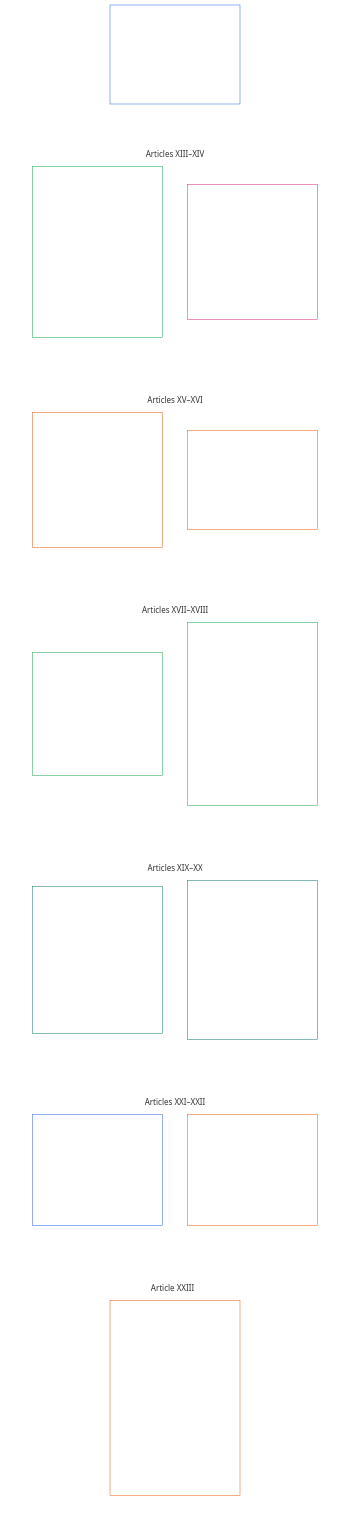
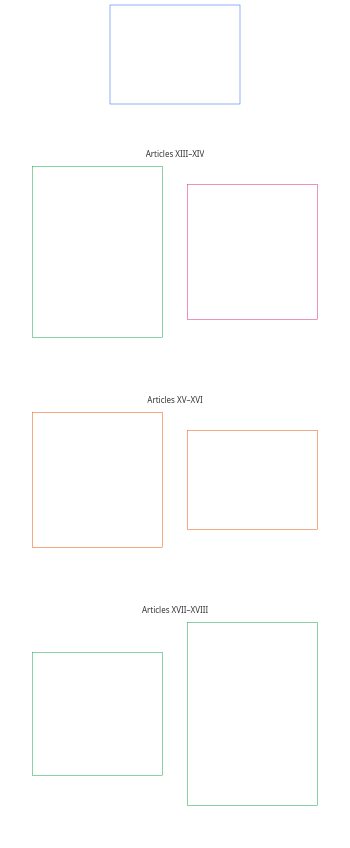
One commit to kfoelsch/Sentient_Constitution changed the diagram in core_06_rights_part_c.md. Above: the diagram before and after it, drawn with Mermaid (neutral theme). The commit also changed other lines of this file and 128 other files, not shown here.

First line of the commit message:
Restructure Chapter Six: justice article to XX, split Part C into C/D/E

````diff
--- a/core_06_rights_part_c.md
+++ b/core_06_rights_part_c.md
@@ -40,60 +40,36 @@
 ```mermaid
 flowchart TB
-    C0["Part C<br/><br/>Trustworthy systems, security and force limits,<br/>information integrity, verification, lifecycle, and resilience"]
+    C0["Part C<br/><br/>Trustworthy systems, security and force limits,<br/>information integrity, verification, lifecycle, and sandboxed innovation"]
     subgraph Cgrid[" "]
         direction TB
         subgraph Crow1["Articles XIII–XIV"]
             C1["Article XIII · Right to Reliable and Trustworthy Systems<br/><br/>• Reliability baseline<br/>• Challenge, review, and redress<br/>• False trust limits<br/>• Incentive alignment<br/>• High-autonomy process integrity<br/>• Resilience and self-healing"]
             C2["Article XIV · Security, Intelligence, Force, and Autonomous Coercive Systems<br/><br/>• Covert-power limits<br/>• Use of force and armed conflict<br/>• Autonomous lethal and coercive systems"]
         end
         subgraph Crow2["Articles XV–XVI"]
             C3["Article XV · Info-Sphere Integrity<br/><br/>• Plurality and anti-monopoly<br/>• Transparency and contestability<br/>• Validation, reporting, and epistemic stewardship"]
             C4["Article XVI · Audit, Transparency, and Independent Verification<br/><br/>• Observable evidence<br/>• Distributed oversight<br/>• Accessible verification"]
         end
         subgraph Crow3["Articles XVII–XVIII"]
             C5["Article XVII · System Lifecycle, Environments, and Reversibility<br/><br/>• Environment separation<br/>• Progressive deployment and reversibility<br/>• Misclassification and evasion consequences"]
             C6["Article XVIII · Sandboxed Innovation, Experimentation, and Creative Freedom<br/><br/>• Sandboxed scope<br/>• Containment, disclosure, and opt-in<br/>• Transition to higher-obligation regimes<br/>• Innovation reward and anti-enclosure<br/>• Publication, review, and replication integrity"]
         end
-        subgraph Crow4["Articles XIX–XX"]
-            C7["Article XIX · Standing and Participation Status<br/><br/>• Standing distinctions<br/>• Contestability and restriction limits<br/>• Named-pathway eligibility, responsibility, and audit<br/>• Movement, refuge, and non-statelessness"]
-            C8["Article XX · Interoperability, Portability, Movement, Refuge, and Exit Integrity<br/><br/>• Portability<br/>• Reciprocal interoperability<br/>• Anti-lock-in<br/>• Movement, migration, refuge, and non-statelessness"]
-        end
-        subgraph Crow5["Articles XXI–XXII"]
-            C9["Article XXI · Comprehensibility and Complexity Stewardship<br/><br/>• Proportional comprehensibility<br/>• Complexity audit and modularity"]
-            C10["Article XXII · Root Cause Analysis and Adaptive Response<br/><br/>• Diagnostic rigor and causal attribution<br/>• Auditability, challenge, and reversibility"]
-        end
-        subgraph Crow6["Article XXIII"]
-            C11["Article XXIII · Constitutional Interpretation, Review, and Anti-Capture Safeguards<br/><br/>• Bounded interpretive mandate<br/>• Composition, rotation, and conflict controls<br/>• Public reasons, challenge, and external review<br/>• Removal and non-entrenchment"]
-        end
     end
     %% Invisible links force a two-wide grid: each link puts its target one level down.
     C0 ~~~ C1 & C2
     C1 ~~~ C3
     C2 ~~~ C4
     C3 ~~~ C5
     C4 ~~~ C6
-    C5 ~~~ C7
-    C6 ~~~ C8
-    C7 ~~~ C9
-    C8 ~~~ C10
-    C9 & C10 ~~~ C11
     style Cgrid fill:none,stroke:none
     style Crow1 fill:none,stroke:none
     style Crow2 fill:none,stroke:none
     style Crow3 fill:none,stroke:none
-    style Crow4 fill:none,stroke:none
-    style Crow5 fill:none,stroke:none
-    style Crow6 fill:none,stroke:none
     style C0 fill:none,stroke:#2563eb,color:#ffffff
     style C1 fill:none,stroke:#16a34a,color:#ffffff
     style C2 fill:none,stroke:#db2777,color:#ffffff
     style C3 fill:none,stroke:#ea580c,color:#ffffff
     style C4 fill:none,stroke:#ea580c,color:#ffffff
     style C5 fill:none,stroke:#16a34a,color:#ffffff
     style C6 fill:none,stroke:#16a34a,color:#ffffff
-    style C7 fill:none,stroke:#0f766e,color:#ffffff
-    style C8 fill:none,stroke:#0f766e,color:#ffffff
-    style C9 fill:none,stroke:#2563eb,color:#ffffff
-    style C10 fill:none,stroke:#ea580c,color:#ffffff
-    style C11 fill:none,stroke:#ea580c,color:#ffffff
 ```
````
